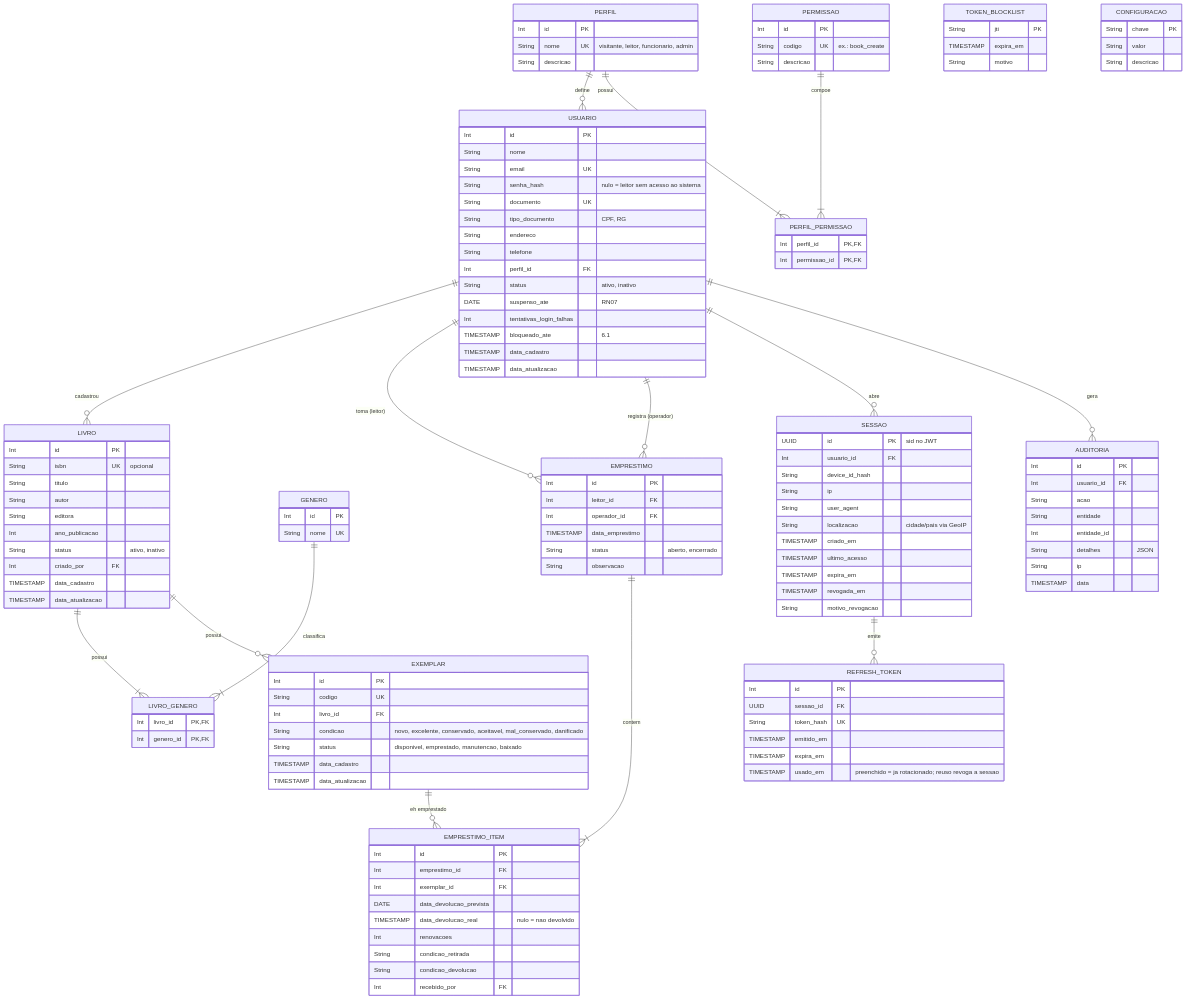
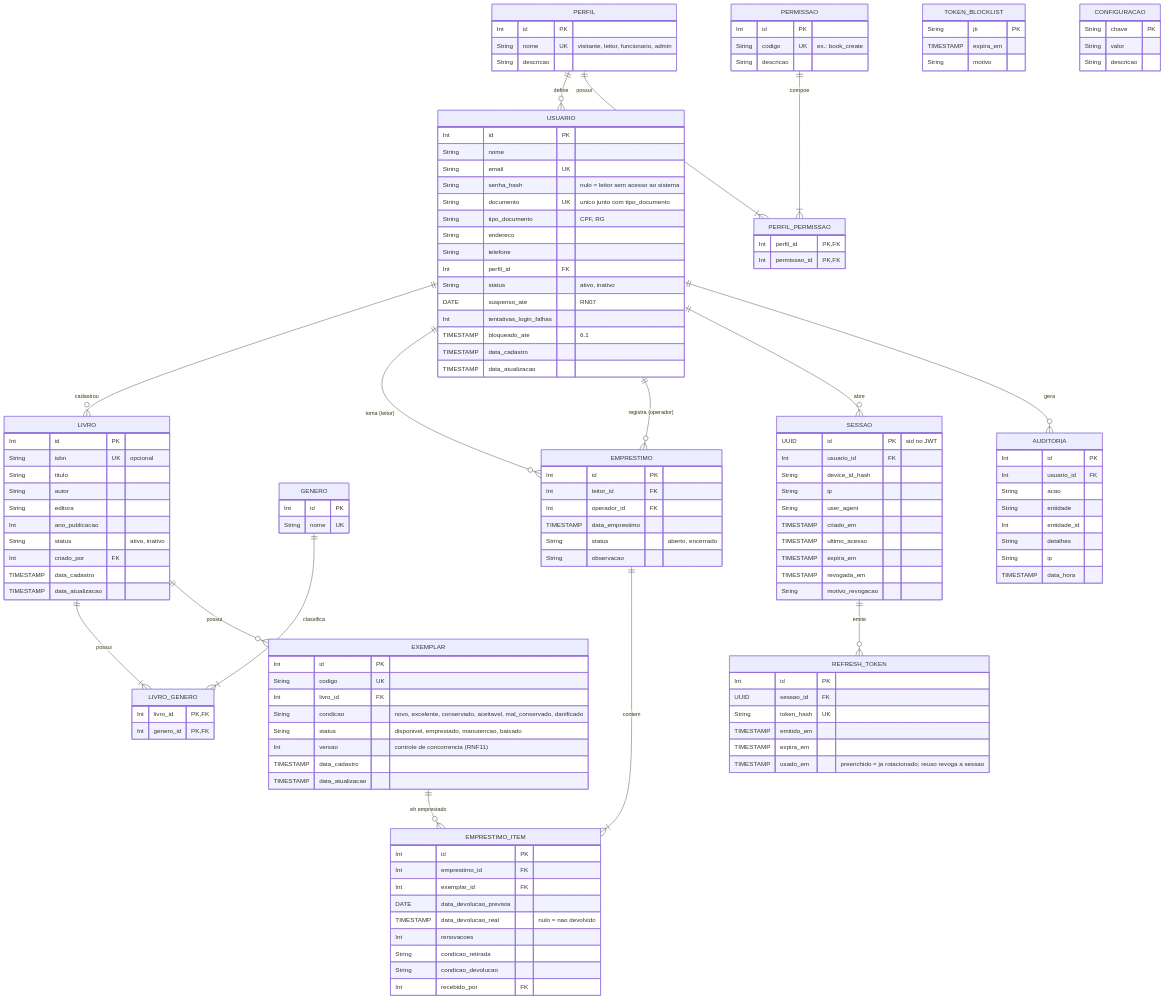
Before and after one commit to Framks/biblioteca: the diagram in docs/objetivo.md, drawn with Mermaid. The commit also changed other lines of this file and 3 other files, not shown here.

````diff
--- a/docs/objetivo.md
+++ b/docs/objetivo.md
@@ -220,7 +233,7 @@
         String nome
         String email UK
         String senha_hash "nulo = leitor sem acesso ao sistema"
-        String documento UK
+        String documento UK "unico junto com tipo_documento"
         String tipo_documento "CPF, RG"
         String endereco
         String telefone
@@ -262,6 +275,7 @@
         Int livro_id FK
         String condicao "novo, excelente, conservado, aceitavel, mal_conservado, danificado"
         String status "disponivel, emprestado, manutencao, baixado"
+        Int versao "controle de concorrencia (RNF11)"
         TIMESTAMP data_cadastro
         TIMESTAMP data_atualizacao
     }
@@ -293,7 +307,6 @@
         String device_id_hash
         String ip
         String user_agent
-        String localizacao "cidade/pais via GeoIP"
         TIMESTAMP criado_em
         TIMESTAMP ultimo_acesso
         TIMESTAMP expira_em
@@ -328,8 +341,8 @@
         String acao
         String entidade
         Int entidade_id
-        String detalhes "JSON"
+        String detalhes
         String ip
-        TIMESTAMP data
+        TIMESTAMP data_hora
     }
 ```
````
